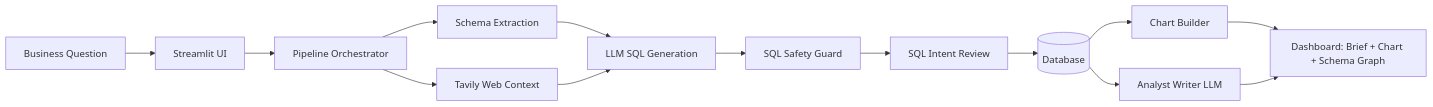
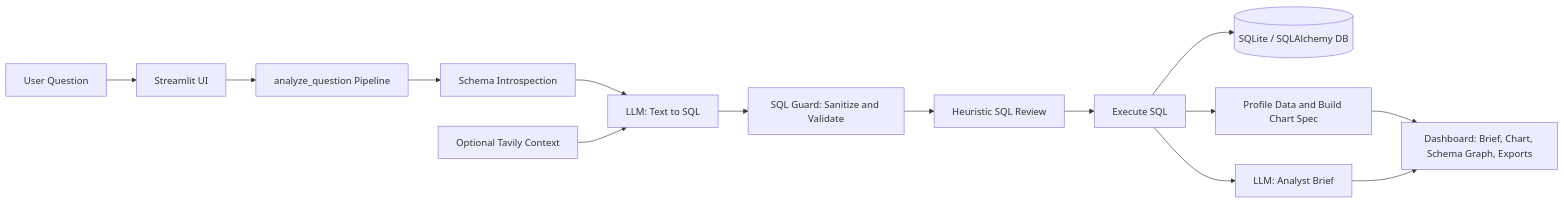
The diagram in README.md (Areshi001/Data-Seeker), drawn with Mermaid before and after one commit. The commit also changed other lines of this file, not shown here.

````diff
--- a/README.md
+++ b/README.md
@@ -33,16 +39,16 @@
 ```mermaid
 flowchart LR
-    User[Business Question] --> UI[Streamlit UI]
-    UI --> Pipeline[Pipeline Orchestrator]
-    Pipeline --> Schema[Schema Extraction]
-    Pipeline --> Tavily[Tavily Web Context]
-    Schema --> Gen[LLM SQL Generation]
-    Tavily --> Gen
-    Gen --> Guard[SQL Safety Guard]
-    Guard --> Review[SQL Intent Review]
-    Review --> DB[(Database)]
-    DB --> Chart[Chart Builder]
-    DB --> Writer[Analyst Writer LLM]
-    Chart --> Output[Dashboard: Brief + Chart + Schema Graph]
+    User[User Question] --> UI[Streamlit UI]
+    UI --> Pipeline[analyze_question Pipeline]
+    Pipeline --> Schema[Schema Introspection]
+    Schema --> Gen[LLM: Text to SQL]
+    Tavily[Optional Tavily Context] --> Gen
+    Gen --> Guard[SQL Guard: Sanitize and Validate]
+    Guard --> Review[Heuristic SQL Review]
+    Review --> Exec[Execute SQL]
+    Exec --> DB[(SQLite / SQLAlchemy DB)]
+    Exec --> Profile[Profile Data and Build Chart Spec]
+    Exec --> Writer[LLM: Analyst Brief]
+    Profile --> Output[Dashboard: Brief, Chart, Schema Graph, Exports]
     Writer --> Output
 ```
````
